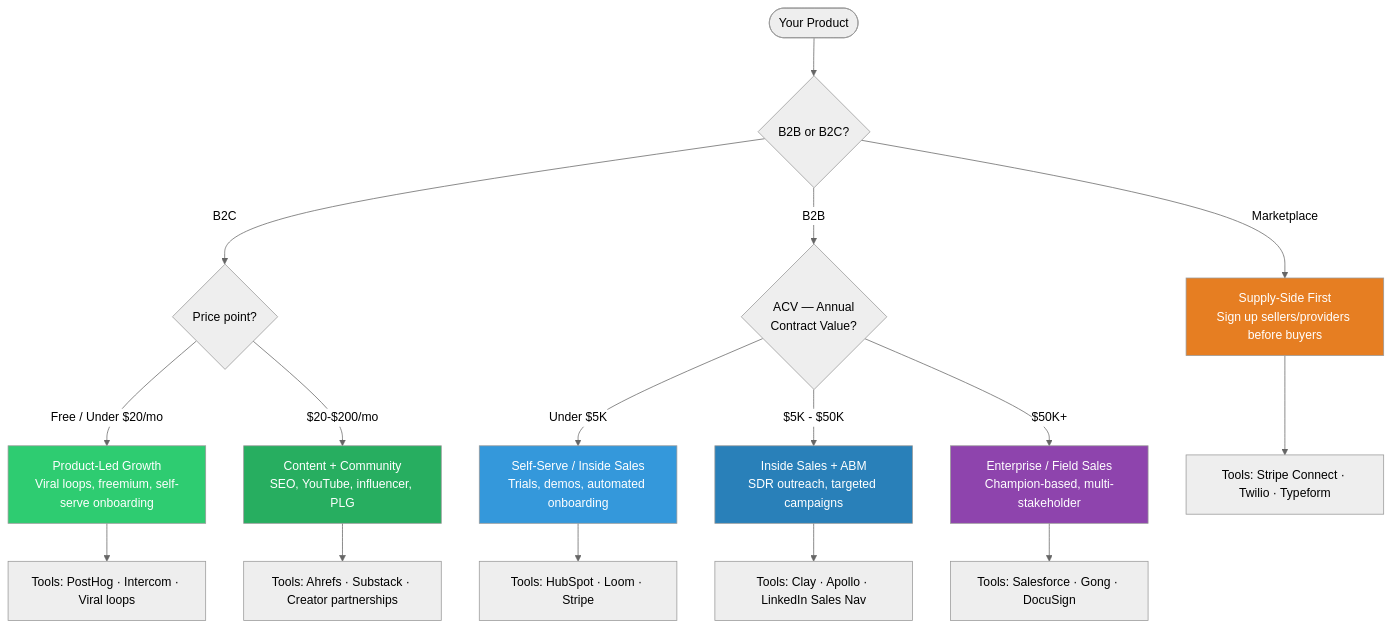
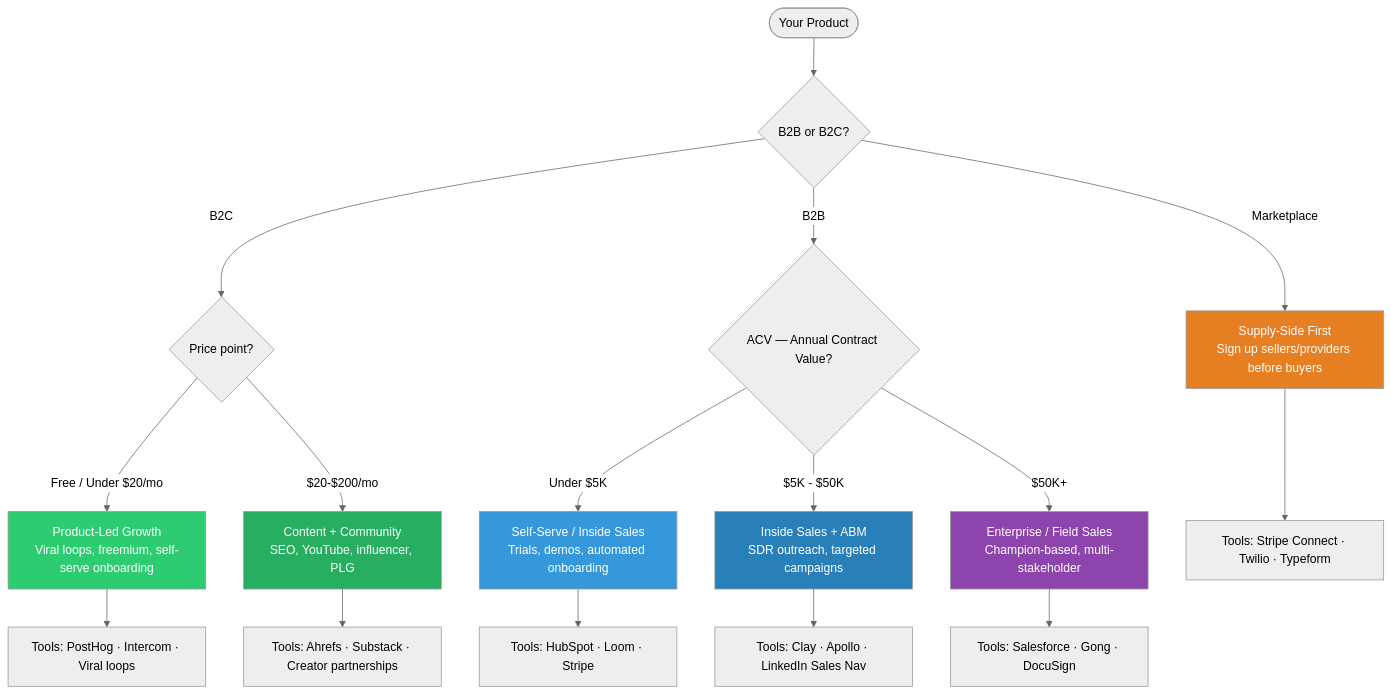
Before and after one commit to Mahir101/startup-boot: the sixth of 18 diagrams in README.md, drawn with Mermaid (neutral theme). The commit also changed other lines of this file, not shown here.

Commit message:
fix formatting issues in decision tree flowchart and improve readability in README

````diff
--- a/README.md
+++ b/README.md
@@ -213,29 +213,29 @@
 ```mermaid
 flowchart TD
     Start([Your Product]) --> Q1{B2B or B2C?}
 
     Q1 -->|B2C| Q2{Price point?}
-    Q2 -->|Free / Under $20/mo| G1[Product-Led Growth\nViral loops, freemium, self-serve onboarding]
-    Q2 -->|$20-$200/mo| G2[Content + Community\nSEO, YouTube, influencer, PLG]
+    Q2 -->|Free / Under $20/mo| G1["Product-Led Growth\nViral loops, freemium, self-serve onboarding"]
+    Q2 -->|$20-$200/mo| G2["Content + Community\nSEO, YouTube, influencer, PLG"]
 
-    Q1 -->|B2B| Q3{ACV — Annual\nContract Value?}
-    Q3 -->|Under $5K| G3[Self-Serve / Inside Sales\nTrials, demos, automated onboarding]
-    Q3 -->|$5K - $50K| G4[Inside Sales + ABM\nSDR outreach, targeted campaigns]
-    Q3 -->|$50K+| G5[Enterprise / Field Sales\nChampion-based, multi-stakeholder]
+    Q1 -->|B2B| Q3{ACV — Annual Contract Value?}
+    Q3 -->|Under $5K| G3["Self-Serve / Inside Sales\nTrials, demos, automated onboarding"]
+    Q3 -->|$5K - $50K| G4["Inside Sales + ABM\nSDR outreach, targeted campaigns"]
+    Q3 -->|$50K+| G5["Enterprise / Field Sales\nChampion-based, multi-stakeholder"]
 
-    Q1 -->|Marketplace| G6[Supply-Side First\nSign up sellers/providers before buyers]
+    Q1 -->|Marketplace| G6["Supply-Side First\nSign up sellers/providers before buyers"]
 
     G1 --> T1[Tools: PostHog · Intercom · Viral loops]
     G2 --> T2[Tools: Ahrefs · Substack · Creator partnerships]
     G3 --> T3[Tools: HubSpot · Loom · Stripe]
     G4 --> T4[Tools: Clay · Apollo · LinkedIn Sales Nav]
     G5 --> T5[Tools: Salesforce · Gong · DocuSign]
     G6 --> T6[Tools: Stripe Connect · Twilio · Typeform]
 
     style G1 fill:#2ecc71,color:#fff
     style G2 fill:#27ae60,color:#fff
     style G3 fill:#3498db,color:#fff
     style G4 fill:#2980b9,color:#fff
     style G5 fill:#8e44ad,color:#fff
     style G6 fill:#e67e22,color:#fff
 ```
````
